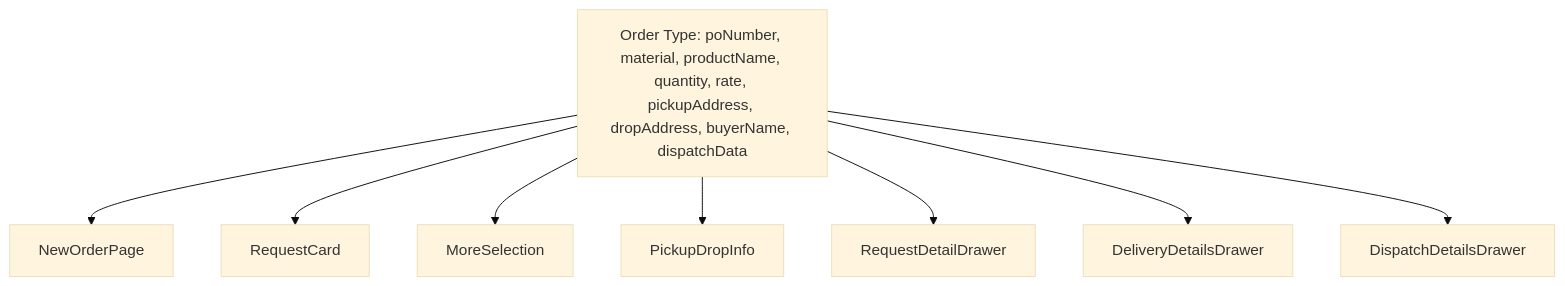
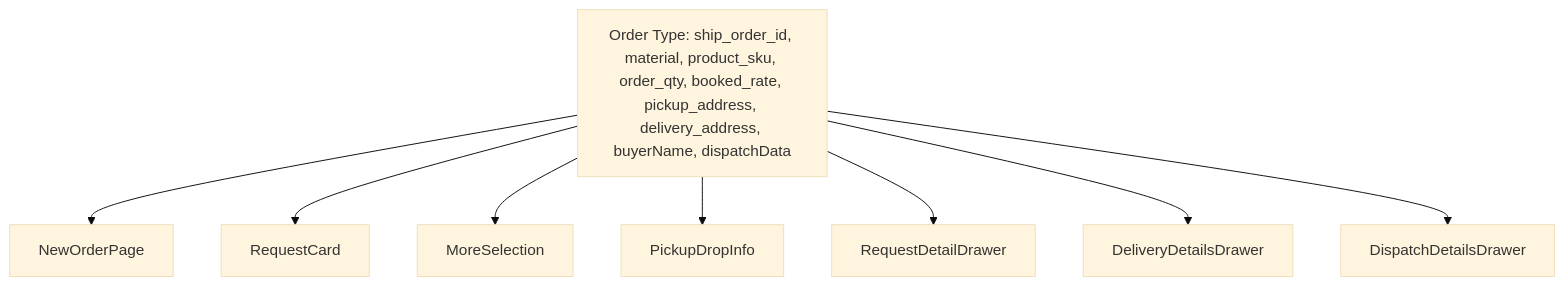
Before and after one commit to ayooshS/freightfox-frontend: the third of 4 diagrams in README.new-orders.md, drawn with Mermaid (base theme). The commit also changed other lines of this file and 38 other files, not shown here.

````diff
--- a/README.new-orders.md
+++ b/README.new-orders.md
@@ -172,14 +172,14 @@
 ```mermaid
 graph TD
 
-OrderType[Order Type: poNumber, material, productName, quantity, rate, pickupAddress, dropAddress, buyerName, dispatchData]
+OrderType[Order Type: ship_order_id, material, product_sku, order_qty, booked_rate, pickup_address, delivery_address, buyerName, dispatchData]
 
 OrderType --> NewOrderPage
 OrderType --> RequestCard
 OrderType --> MoreSelection
 OrderType --> PickupDropInfo
 OrderType --> RequestDetailDrawer
 OrderType --> DeliveryDetailsDrawer
 OrderType --> DispatchDetailsDrawer
 
 ```
````
